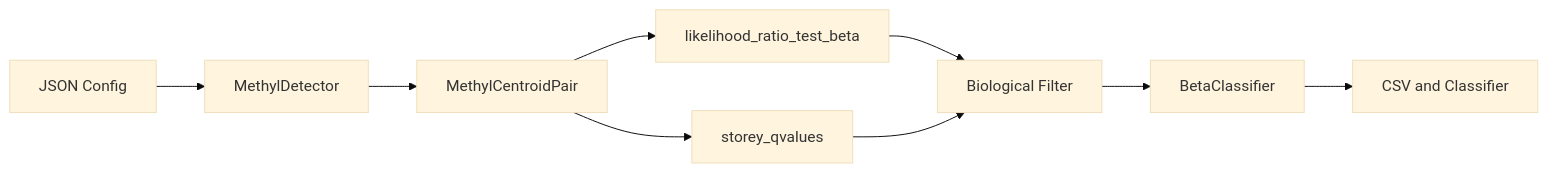
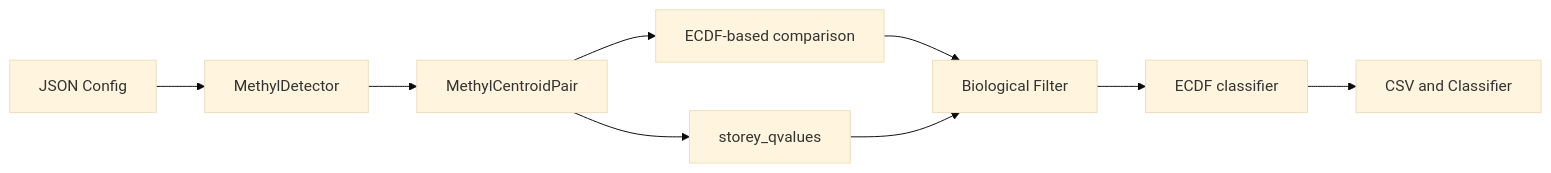
The diagram in packages/methyldetector/docs/METHYLDETECTOR_IMPLEMENTATION.md (Goliath-Research/GoliathWorkflow), drawn with Mermaid (base theme) before and after one commit. The commit also changed other lines of this file and 13 other files, not shown here.

First line of the commit message:
Update documentation and implementation to reflect exclusive use of ECDF-based likelihoods in MethylClassifier

````diff
--- a/packages/methyldetector/docs/METHYLDETECTOR_IMPLEMENTATION.md
+++ b/packages/methyldetector/docs/METHYLDETECTOR_IMPLEMENTATION.md
@@ -10,20 +10,20 @@
 ```mermaid
 flowchart LR
   Config[JSON Config]
   Detector[MethylDetector]
   Pair[MethylCentroidPair]
-  LRT[likelihood_ratio_test_beta]
+  ECDF[ECDF-based comparison]
   Storey[storey_qvalues]
   Filter[Biological Filter]
-  Classifier[BetaClassifier]
+  Classifier[ECDF classifier]
   Out[CSV and Classifier]
 
   Config --> Detector
   Detector --> Pair
-  Pair --> LRT
+  Pair --> ECDF
   Pair --> Storey
-  LRT --> Filter
+  ECDF --> Filter
   Storey --> Filter
   Filter --> Classifier
   Classifier --> Out
 ```
````
